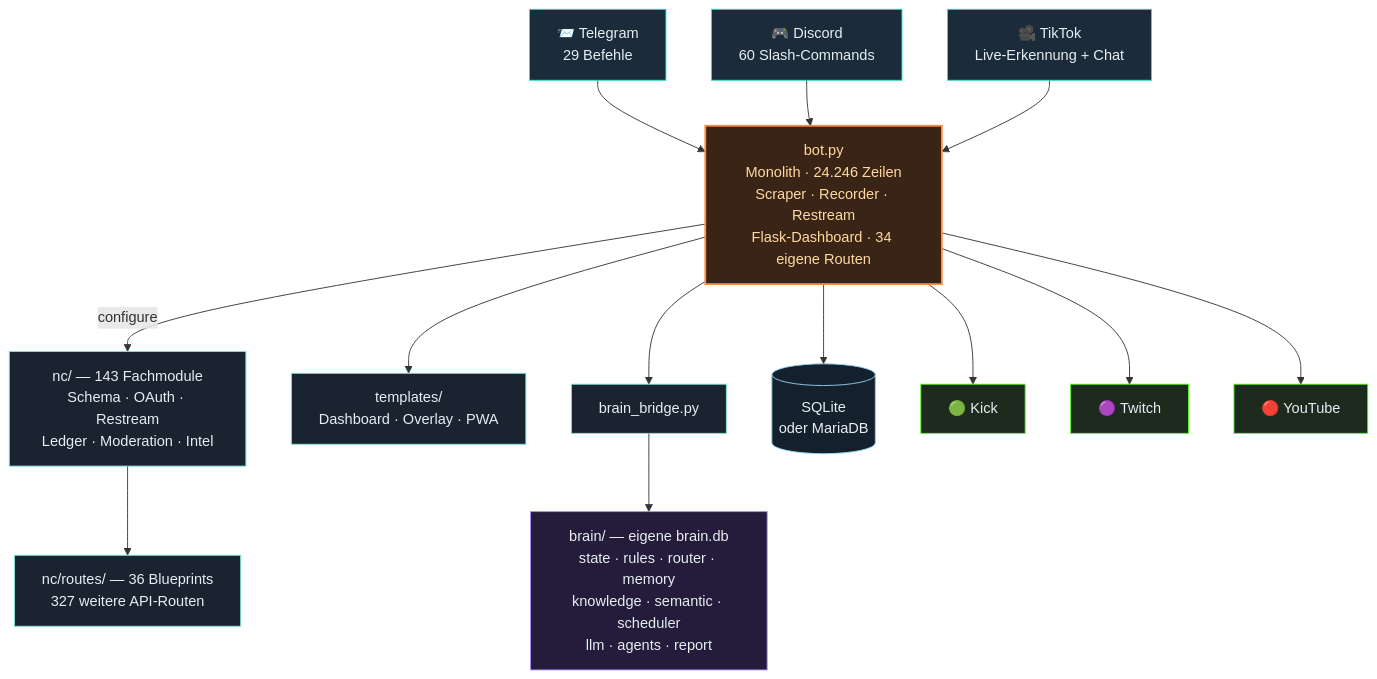
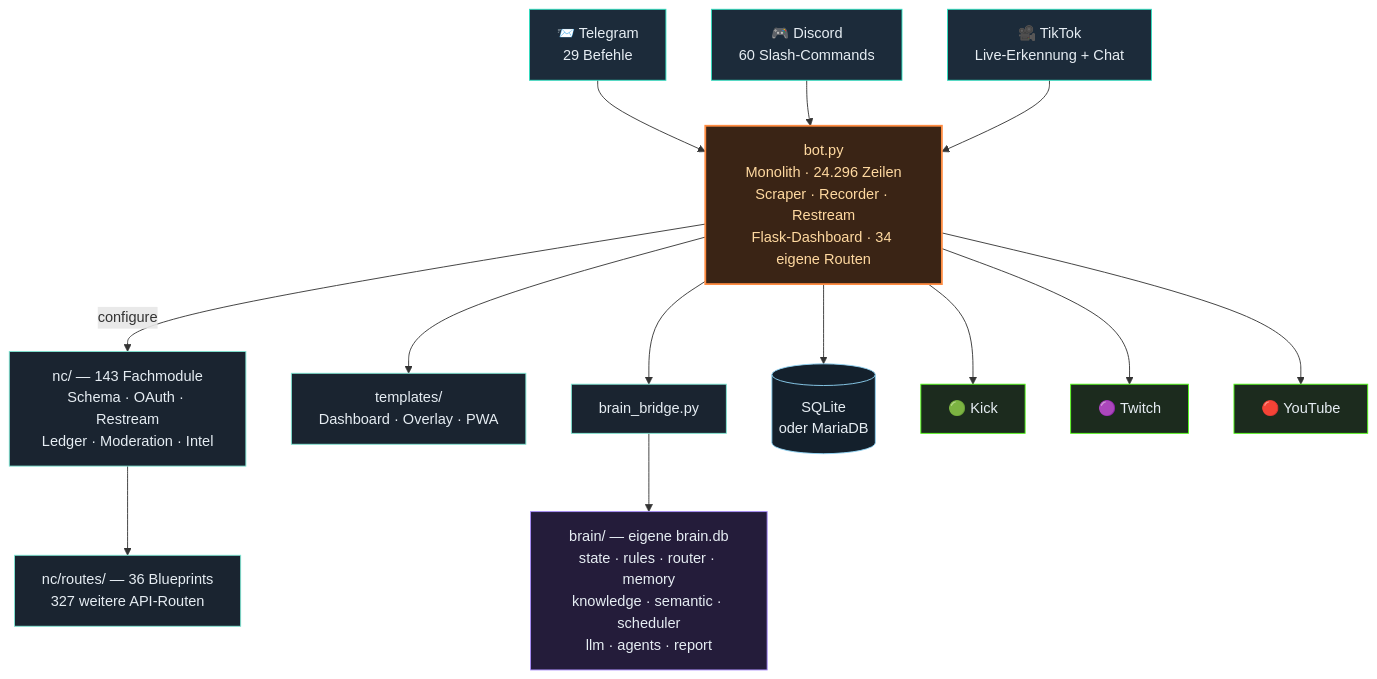
One commit to itsamemedev/Telegram-Stream-Info-Bot changed the third of 4 diagrams in README.md. Above: the diagram before and after it, drawn with Mermaid. The commit also changed other lines of this file and 8 other files, not shown here.

````diff
--- a/README.md
+++ b/README.md
@@ -189,30 +189,30 @@
 ```mermaid
 flowchart TB
     TG["📨 Telegram<br/>29 Befehle"]:::ein
     DC["🎮 Discord<br/>60 Slash-Commands"]:::ein
     TT["🎥 TikTok<br/>Live-Erkennung + Chat"]:::ein
 
     TG --> BOT
     DC --> BOT
     TT --> BOT
 
-    BOT["bot.py<br/>Monolith · 24.246 Zeilen<br/>Scraper · Recorder · Restream<br/>Flask-Dashboard · 34 eigene Routen"]:::core
+    BOT["bot.py<br/>Monolith · 24.296 Zeilen<br/>Scraper · Recorder · Restream<br/>Flask-Dashboard · 34 eigene Routen"]:::core
 
     BOT -->|configure| NC["nc/ — 143 Fachmodule<br/>Schema · OAuth · Restream<br/>Ledger · Moderation · Intel"]:::lib
     NC --> RT["nc/routes/ — 36 Blueprints<br/>327 weitere API-Routen"]:::lib
     BOT --> TPL["templates/<br/>Dashboard · Overlay · PWA"]:::lib
     BOT --> BR["brain_bridge.py"]:::lib
     BR --> BRAIN["brain/ — eigene brain.db<br/>state · rules · router · memory<br/>knowledge · semantic · scheduler<br/>llm · agents · report"]:::brain
     BOT --> DB[("SQLite<br/>oder MariaDB")]:::db
 
     BOT --> KICK["🟢 Kick"]:::out
     BOT --> TW["🟣 Twitch"]:::out
     BOT --> YT["🔴 YouTube"]:::out
 
     classDef ein fill:#1c2b3a,stroke:#2de1c2,color:#e6edf3
     classDef core fill:#3a2415,stroke:#ff8c42,stroke-width:2px,color:#ffd9a0
     classDef lib fill:#1a2430,stroke:#7fe7d4,color:#e6edf3
     classDef brain fill:#241c3a,stroke:#a78bfa,color:#e6edf3
     classDef db fill:#14202c,stroke:#8fd3f4,color:#e6edf3
     classDef out fill:#1c2b1e,stroke:#53fc18,color:#e6edf3
 ```
````
